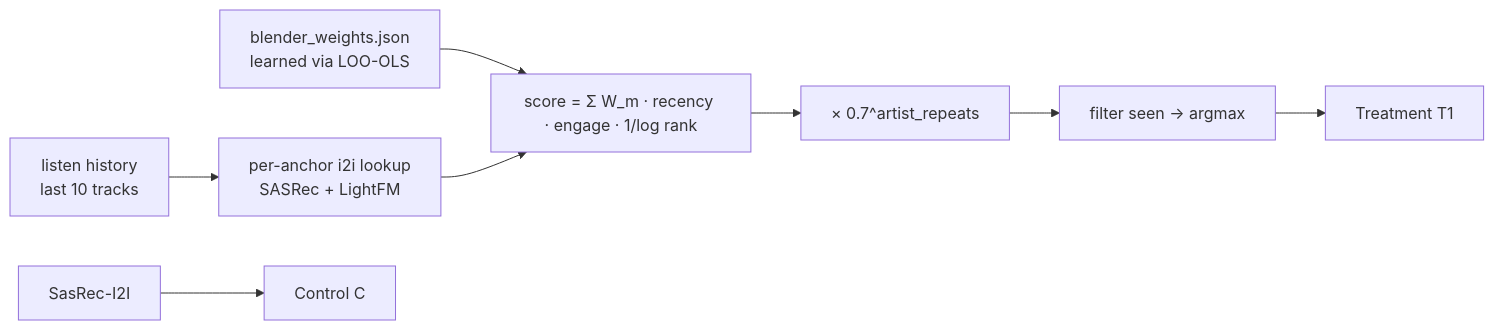
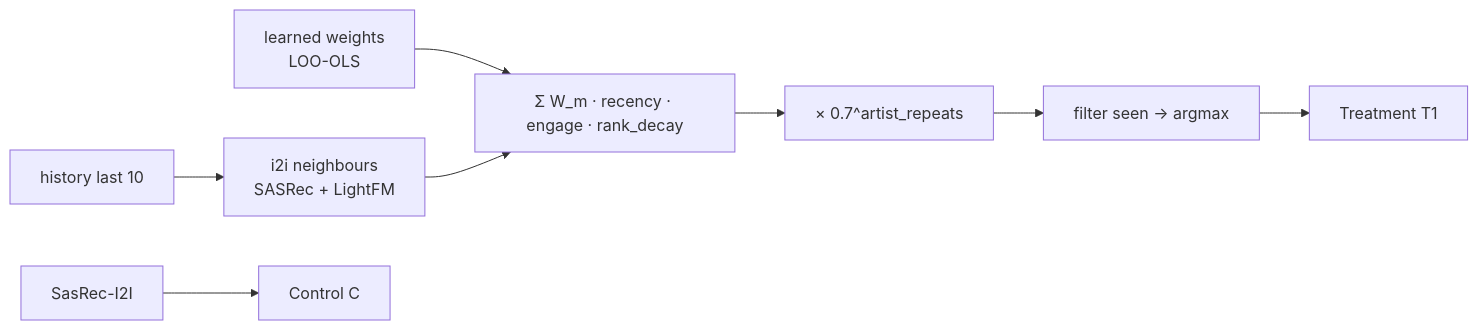
The diagram in report.md (anokhin/recsys-course-spring-2026), drawn with Mermaid before and after one commit. The commit also changed other lines of this file, not shown here.

Commit message:
hw2 malyshko: fill report A/B table with mean_time_per_session result

````diff
--- a/report.md
+++ b/report.md
@@ -11,10 +9,10 @@
 ```mermaid
 flowchart LR
-    H[listen history<br/>last 10 tracks] --> A[per-anchor i2i lookup<br/>SASRec + LightFM]
-    W[blender_weights.json<br/>learned via LOO-OLS] --> S
-    A --> S[score = Σ W_m · recency · engage · 1/log rank]
+    H[history last 10] --> A[i2i neighbours<br/>SASRec + LightFM]
+    W[learned weights<br/>LOO-OLS] --> S
+    A --> S[Σ W_m · recency · engage · rank_decay]
     S --> D[× 0.7^artist_repeats]
     D --> F[filter seen → argmax]
     F --> T1[Treatment T1]
     X[SasRec-I2I] --> C[Control C]
 ```
````
